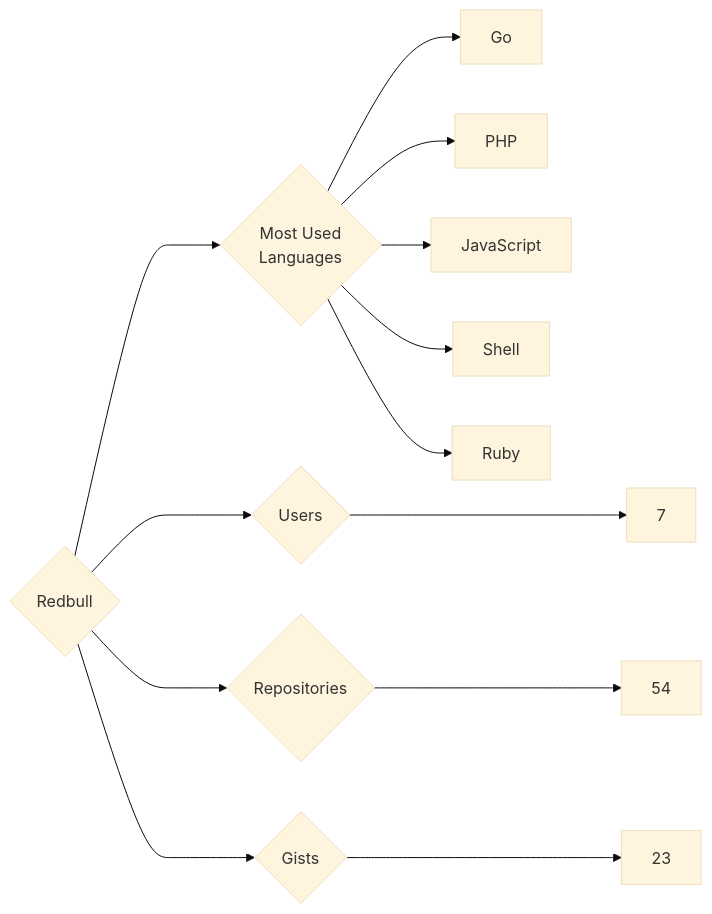
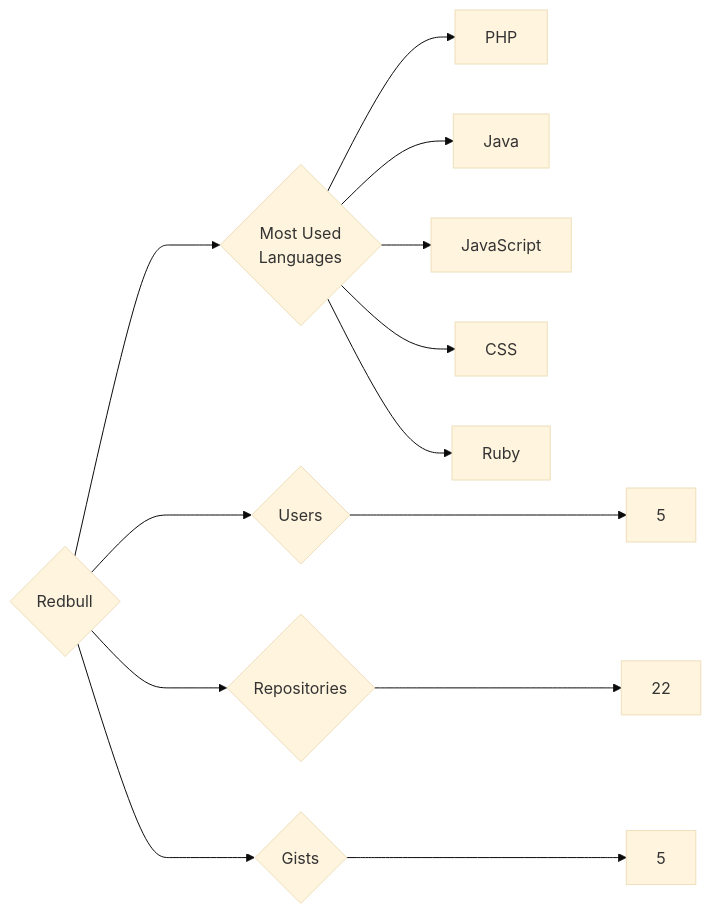
Before and after one commit to trickest/insiders: the diagram in targets/Redbull/README.md, drawn with Mermaid (base theme). The commit also changed 928 other files, not shown here.

````diff
--- a/targets/Redbull/README.md
+++ b/targets/Redbull/README.md
@@ -3,13 +3,13 @@
 ```mermaid
 graph LR
 COMPANY_NAME{Redbull}
-COMPANY_NAME ---> U{Users} ---> UN[7]
-COMPANY_NAME ---> R{Repositories} ---> RN[54]
-COMPANY_NAME ---> G{Gists} ---> GN[23]
+COMPANY_NAME ---> U{Users} ---> UN[5]
+COMPANY_NAME ---> R{Repositories} ---> RN[22]
+COMPANY_NAME ---> G{Gists} ---> GN[5]
 COMPANY_NAME ---> ML{Most Used<br>Languages}
-ML --> Go[Go]
 ML --> PHP[PHP]
+ML --> Java[Java]
 ML --> JavaScript[JavaScript]
-ML --> Shell[Shell]
+ML --> CSS[CSS]
 ML --> Ruby[Ruby]
 ```
````
